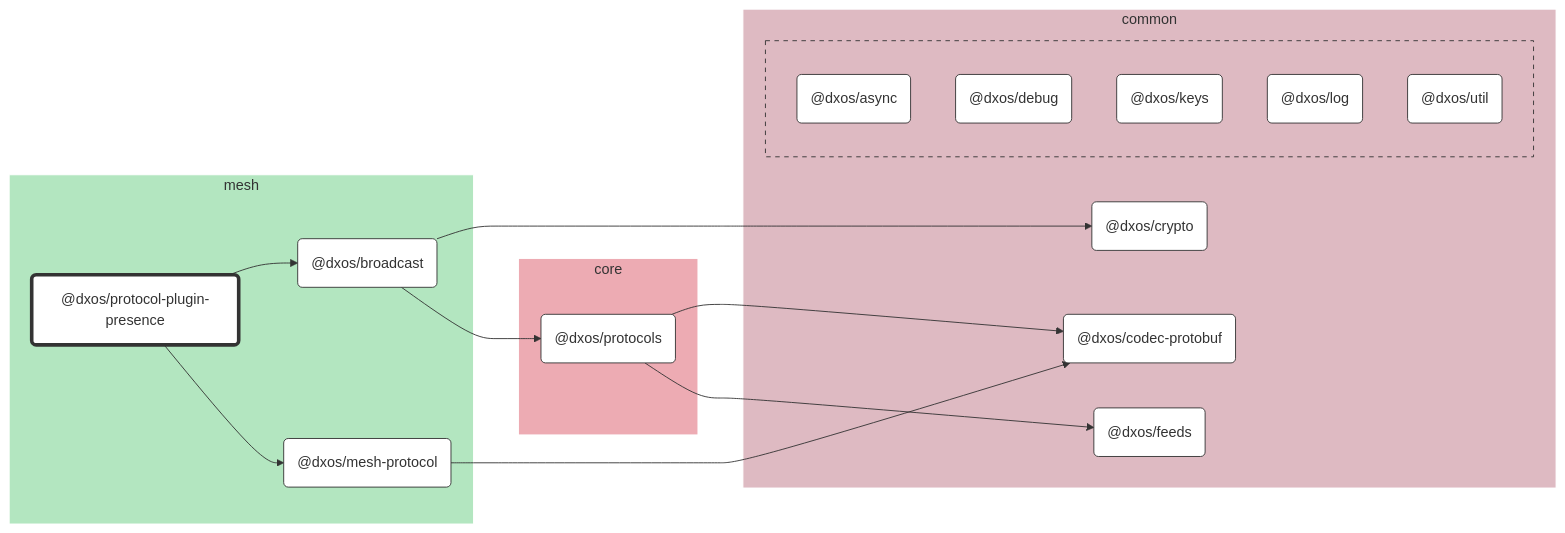
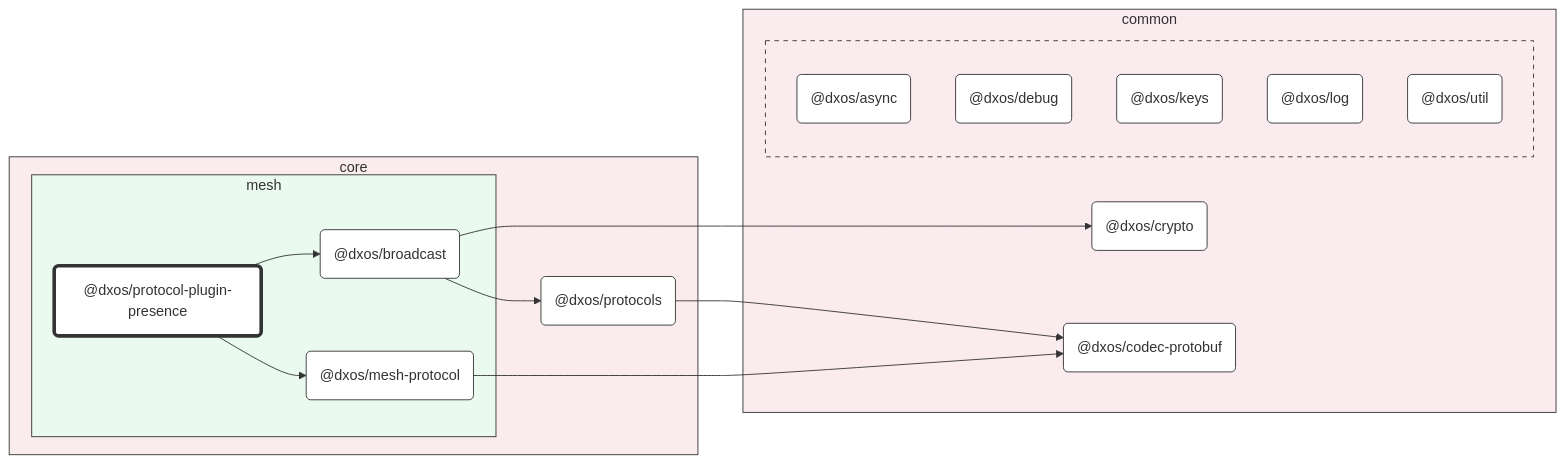
Before and after one commit to dxos/dxos: the diagram in packages/core/mesh/protocol-plugin-presence/docs/README.md, drawn with Mermaid. The commit also changed other lines of this file and 93 other files, not shown here.

First line of the commit message:
chore: hierarchical graphs. (#1583)

````diff
--- a/packages/core/mesh/protocol-plugin-presence/docs/README.md
+++ b/packages/core/mesh/protocol-plugin-presence/docs/README.md
@@ -7,61 +7,58 @@
 ```mermaid
 %%{ init: {'flowchart':{'curve':'basis'}} }%%
 
 flowchart LR
 
 %% Classes
 classDef def fill:#fff,stroke:#333,stroke-width:1px
 classDef root fill:#fff,stroke:#333,stroke-width:4px
 
 %% Nodes
 
-subgraph mesh [mesh]
-  style mesh fill:#b3e6c0,stroke:#fff
-  dxos/protocol-plugin-presence("@dxos/protocol-plugin-presence"):::root
-  click dxos/protocol-plugin-presence "dxos/dxos/tree/main/packages/core/mesh/protocol-plugin-presence/docs"
-  dxos/broadcast("@dxos/broadcast"):::def
-  click dxos/broadcast "dxos/dxos/tree/main/packages/core/mesh/broadcast/docs"
-  dxos/mesh-protocol("@dxos/mesh-protocol"):::def
-  click dxos/mesh-protocol "dxos/dxos/tree/main/packages/core/mesh/mesh-protocol/docs"
+subgraph core [core]
+  style core fill:#faebec,stroke:#333
+  dxos/protocols("@dxos/protocols"):::def
+  click dxos/protocols "dxos/dxos/tree/main/packages/core/protocols/docs"
+
+  subgraph mesh [mesh]
+    style mesh fill:#ebfaef,stroke:#333
+    dxos/protocol-plugin-presence("@dxos/protocol-plugin-presence"):::root
+    click dxos/protocol-plugin-presence "dxos/dxos/tree/main/packages/core/mesh/protocol-plugin-presence/docs"
+    dxos/broadcast("@dxos/broadcast"):::def
+    click dxos/broadcast "dxos/dxos/tree/main/packages/core/mesh/broadcast/docs"
+    dxos/mesh-protocol("@dxos/mesh-protocol"):::def
+    click dxos/mesh-protocol "dxos/dxos/tree/main/packages/core/mesh/mesh-protocol/docs"
+  end
 end
 
 subgraph common [common]
-  style common fill:#debac2,stroke:#fff
+  style common fill:#faebee,stroke:#333
   dxos/codec-protobuf("@dxos/codec-protobuf"):::def
   click dxos/codec-protobuf "dxos/dxos/tree/main/packages/common/codec-protobuf/docs"
   dxos/crypto("@dxos/crypto"):::def
   click dxos/crypto "dxos/dxos/tree/main/packages/common/crypto/docs"
-  dxos/feeds("@dxos/feeds"):::def
-  click dxos/feeds "dxos/dxos/tree/main/packages/common/feeds/docs"
 
-  subgraph common-excluded [ ]
-    style common-excluded fill:#debac2,stroke:#333,stroke-dasharray:5 5
+  subgraph _ [ ]
+    style _ fill:#faebee,stroke:#333,stroke-dasharray:5 5
     dxos/async("@dxos/async"):::def
     click dxos/async "dxos/dxos/tree/main/packages/common/async/docs"
     dxos/debug("@dxos/debug"):::def
     click dxos/debug "dxos/dxos/tree/main/packages/common/debug/docs"
     dxos/keys("@dxos/keys"):::def
     click dxos/keys "dxos/dxos/tree/main/packages/common/keys/docs"
     dxos/log("@dxos/log"):::def
     click dxos/log "dxos/dxos/tree/main/packages/common/log/docs"
     dxos/util("@dxos/util"):::def
     click dxos/util "dxos/dxos/tree/main/packages/common/util/docs"
   end
 end
 
-subgraph core [core]
-  style core fill:#edabb3,stroke:#fff
-  dxos/protocols("@dxos/protocols"):::def
-  click dxos/protocols "dxos/dxos/tree/main/packages/core/protocols/docs"
-end
-
 %% Links
 linkStyle default stroke:#333,stroke-width:1px
 dxos/protocol-plugin-presence --> dxos/broadcast
 dxos/broadcast --> dxos/crypto
 dxos/broadcast --> dxos/protocols
 dxos/protocols --> dxos/codec-protobuf
-dxos/protocols --> dxos/feeds
 dxos/protocol-plugin-presence --> dxos/mesh-protocol
 dxos/mesh-protocol --> dxos/codec-protobuf
 ```
````
